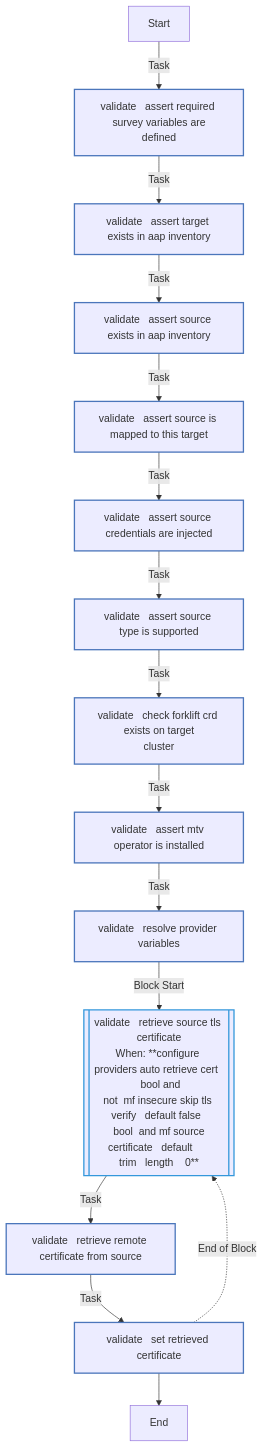
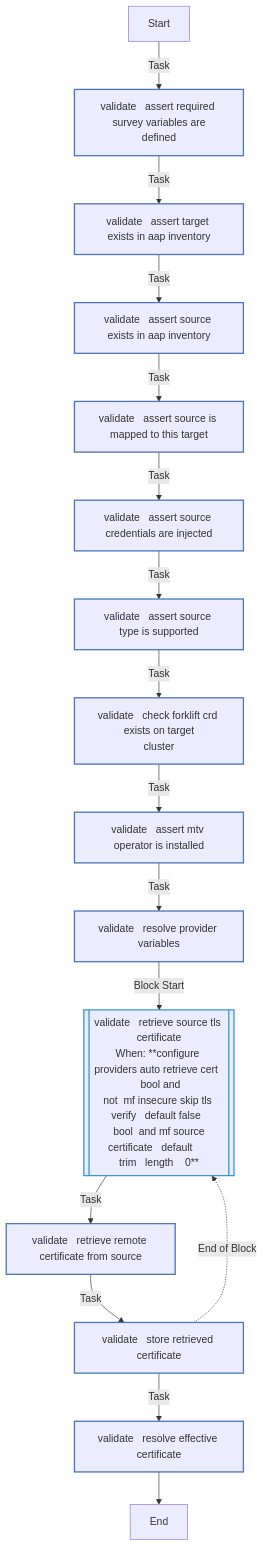
One commit to redhat-cop/openshift_virtualization_migration changed the fourth of 4 diagrams in roles/configure_providers/README.md. Above: the diagram before and after it, drawn with Mermaid. The commit also changed other lines of this file and 2 other files, not shown here.

Commit message:
docs: regenerate role READMEs and update .gitignore
Regenerate docsible documentation to reflect the configure_mtv to
configure_providers rename, ask_variables_on_launch addition, EE
cascade variable, and the certificate variable precedence fix.

````diff
--- a/roles/configure_providers/README.md
+++ b/roles/configure_providers/README.md
@@ -378,27 +379,28 @@
 ```mermaid
 flowchart TD
 Start
 classDef block stroke:#3498db,stroke-width:2px;
 classDef task stroke:#4b76bb,stroke-width:2px;
 classDef includeTasks stroke:#16a085,stroke-width:2px;
 classDef importTasks stroke:#34495e,stroke-width:2px;
 classDef includeRole stroke:#2980b9,stroke-width:2px;
 classDef importRole stroke:#699ba7,stroke-width:2px;
 classDef includeVars stroke:#8e44ad,stroke-width:2px;
 classDef rescue stroke:#665352,stroke-width:2px;
 
   Start-->|Task| validate___Assert_required_survey_variables_are_defined0[validate   assert required survey variables are<br>defined]:::task
   validate___Assert_required_survey_variables_are_defined0-->|Task| validate___Assert_target_exists_in_AAP_inventory1[validate   assert target exists in aap inventory]:::task
   validate___Assert_target_exists_in_AAP_inventory1-->|Task| validate___Assert_source_exists_in_AAP_inventory2[validate   assert source exists in aap inventory]:::task
   validate___Assert_source_exists_in_AAP_inventory2-->|Task| validate___Assert_source_is_mapped_to_this_target3[validate   assert source is mapped to this target]:::task
   validate___Assert_source_is_mapped_to_this_target3-->|Task| validate___Assert_source_credentials_are_injected4[validate   assert source credentials are injected]:::task
   validate___Assert_source_credentials_are_injected4-->|Task| validate___Assert_source_type_is_supported5[validate   assert source type is supported]:::task
   validate___Assert_source_type_is_supported5-->|Task| validate___Check_Forklift_CRD_exists_on_target_cluster6[validate   check forklift crd exists on target<br>cluster]:::task
   validate___Check_Forklift_CRD_exists_on_target_cluster6-->|Task| validate___Assert_MTV_operator_is_installed7[validate   assert mtv operator is installed]:::task
   validate___Assert_MTV_operator_is_installed7-->|Task| validate___Resolve_provider_variables8[validate   resolve provider variables]:::task
   validate___Resolve_provider_variables8-->|Block Start| validate___Retrieve_source_TLS_certificate9_block_start_0[[validate   retrieve source tls certificate<br>When: **configure providers auto retrieve cert   bool and<br>not  mf insecure skip tls verify   default false  <br> bool  and mf source certificate   default      <br>trim   length    0**]]:::block
   validate___Retrieve_source_TLS_certificate9_block_start_0-->|Task| validate___Retrieve_remote_certificate_from_source0[validate   retrieve remote certificate from source]:::task
-  validate___Retrieve_remote_certificate_from_source0-->|Task| validate___Set_retrieved_certificate1[validate   set retrieved certificate]:::task
-  validate___Set_retrieved_certificate1-.->|End of Block| validate___Retrieve_source_TLS_certificate9_block_start_0
-  validate___Set_retrieved_certificate1-->End
+  validate___Retrieve_remote_certificate_from_source0-->|Task| validate___Store_retrieved_certificate1[validate   store retrieved certificate]:::task
+  validate___Store_retrieved_certificate1-.->|End of Block| validate___Retrieve_source_TLS_certificate9_block_start_0
+  validate___Store_retrieved_certificate1-->|Task| validate___Resolve_effective_certificate10[validate   resolve effective certificate]:::task
+  validate___Resolve_effective_certificate10-->End
 ```
````
